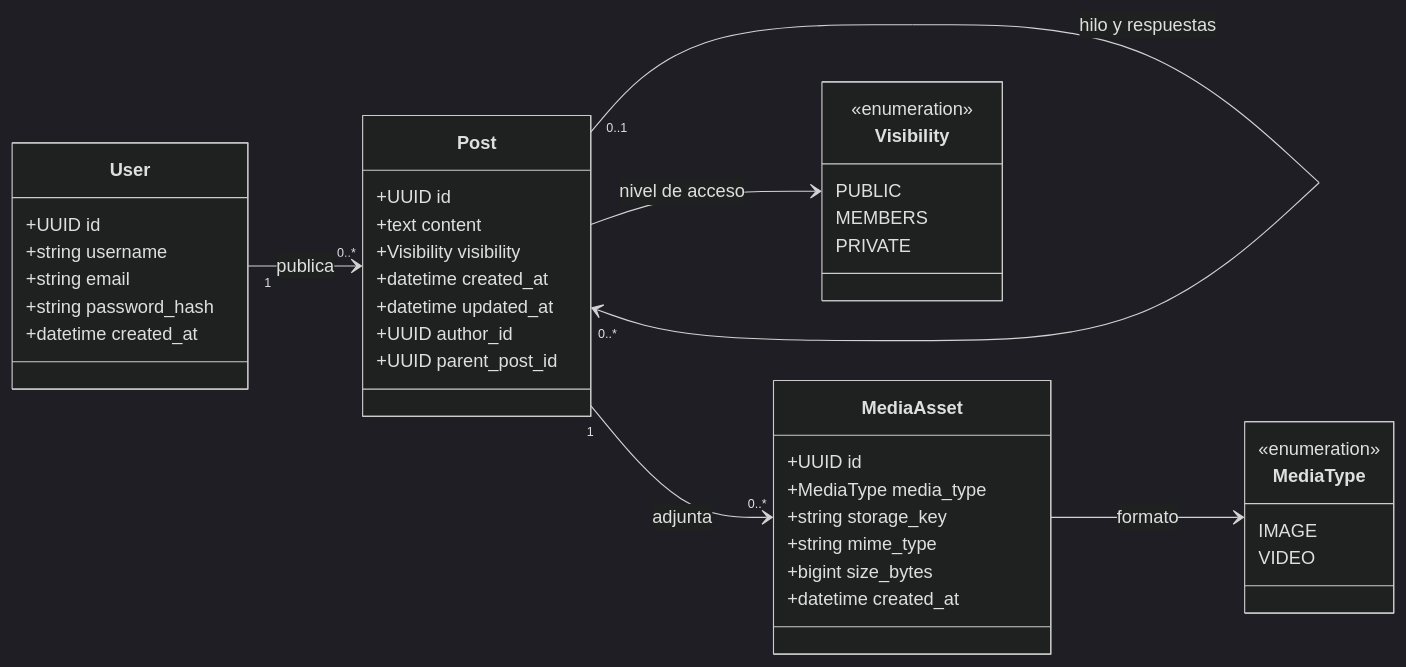
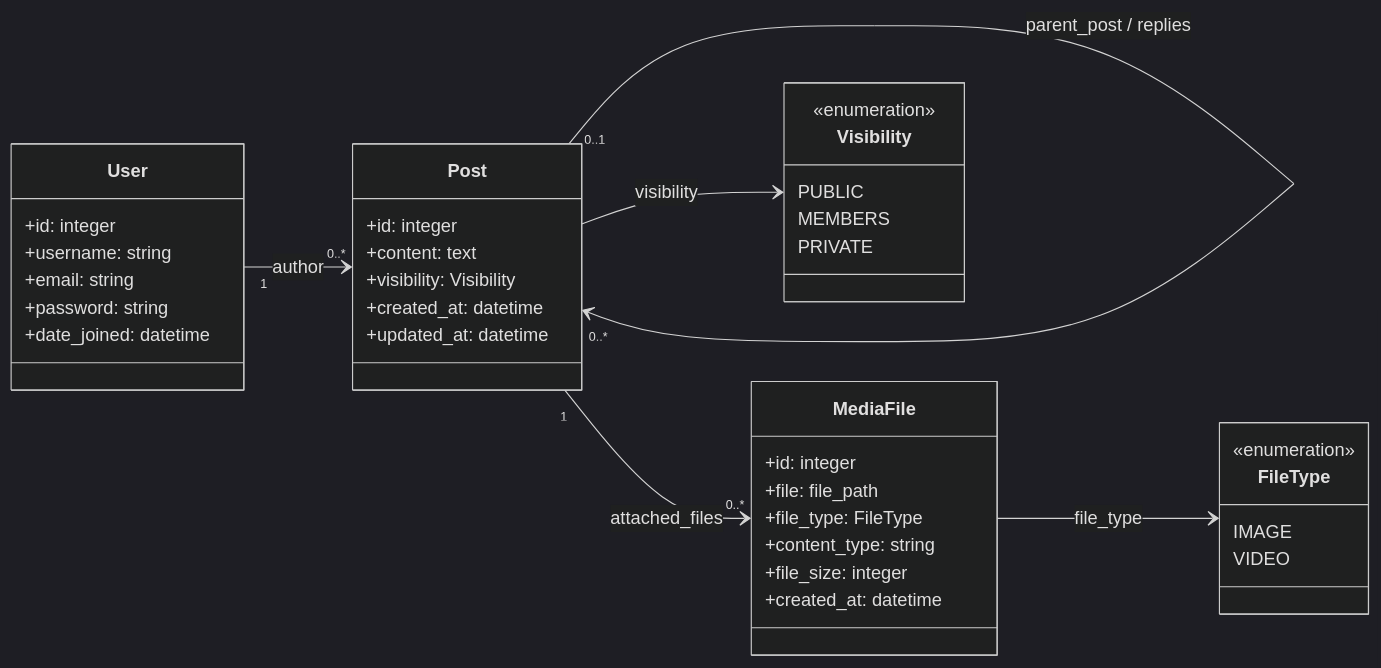
Before and after one commit to IsaacToDv/FraterChrist: the second of 2 diagrams in README.md, drawn with Mermaid (dark theme). The commit also changed other lines of this file, not shown here.

Commit message:
docs: polish README and clarify English UML

```diff
--- a/README.md
+++ b/README.md
@@ -90,50 +90,48 @@
 ~~~mermaid
 classDiagram
     direction LR
 
     class User {
-        +UUID id
-        +string username
-        +string email
-        +string password_hash
-        +datetime created_at
+        +id: integer
+        +username: string
+        +email: string
+        +password: string
+        +date_joined: datetime
     }
 
     class Post {
-        +UUID id
-        +text content
-        +Visibility visibility
-        +datetime created_at
-        +datetime updated_at
-        +UUID author_id
-        +UUID parent_post_id
+        +id: integer
+        +content: text
+        +visibility: Visibility
+        +created_at: datetime
+        +updated_at: datetime
     }
 
-    class MediaAsset {
-        +UUID id
-        +MediaType media_type
-        +string storage_key
-        +string mime_type
-        +bigint size_bytes
-        +datetime created_at
+    class MediaFile {
+        +id: integer
+        +file: file_path
+        +file_type: FileType
+        +content_type: string
+        +file_size: integer
+        +created_at: datetime
     }
 
     class Visibility {
         <<enumeration>>
         PUBLIC
         MEMBERS
         PRIVATE
     }
 
-    class MediaType {
+    class FileType {
         <<enumeration>>
         IMAGE
         VIDEO
     }
 
-    User "1" --> "0..*" Post : publica
-    Post "0..1" --> "0..*" Post : hilo y respuestas
-    Post "1" --> "0..*" MediaAsset : adjunta
-    Post --> Visibility : nivel de acceso
-    MediaAsset --> MediaType : formato
+    User "1" --> "0..*" Post : author
+    Post "0..1" --> "0..*" Post : parent_post / replies
+    Post "1" --> "0..*" MediaFile : attached_files
+    Post --> Visibility : visibility
+    MediaFile --> FileType : file_type
 ~~~
```
